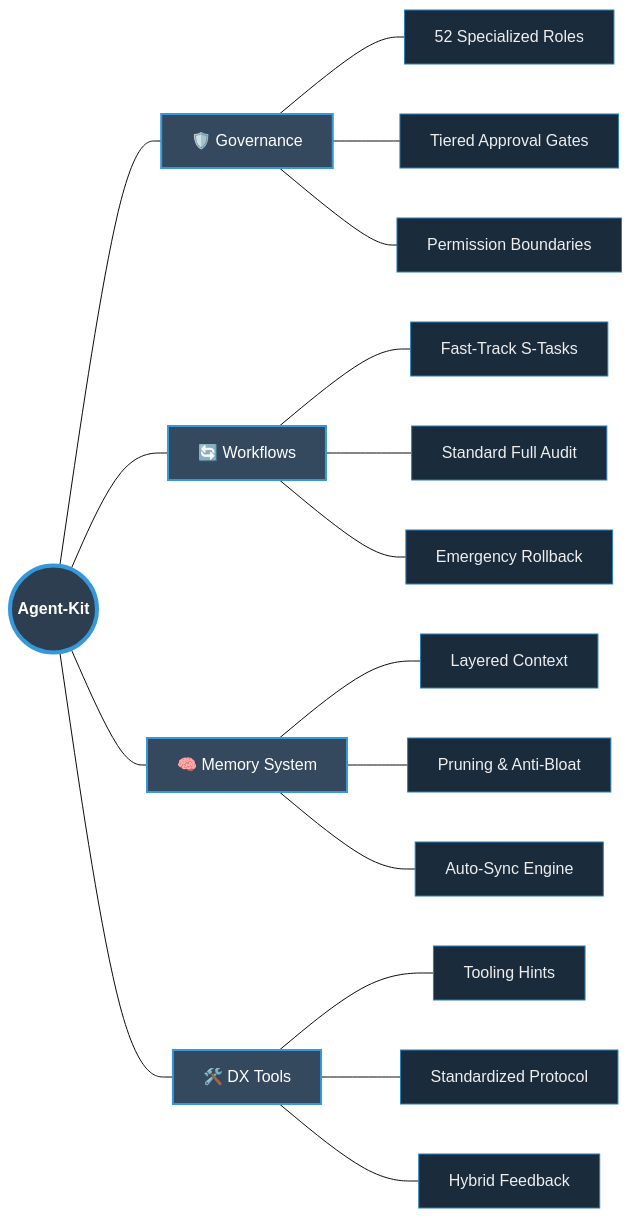
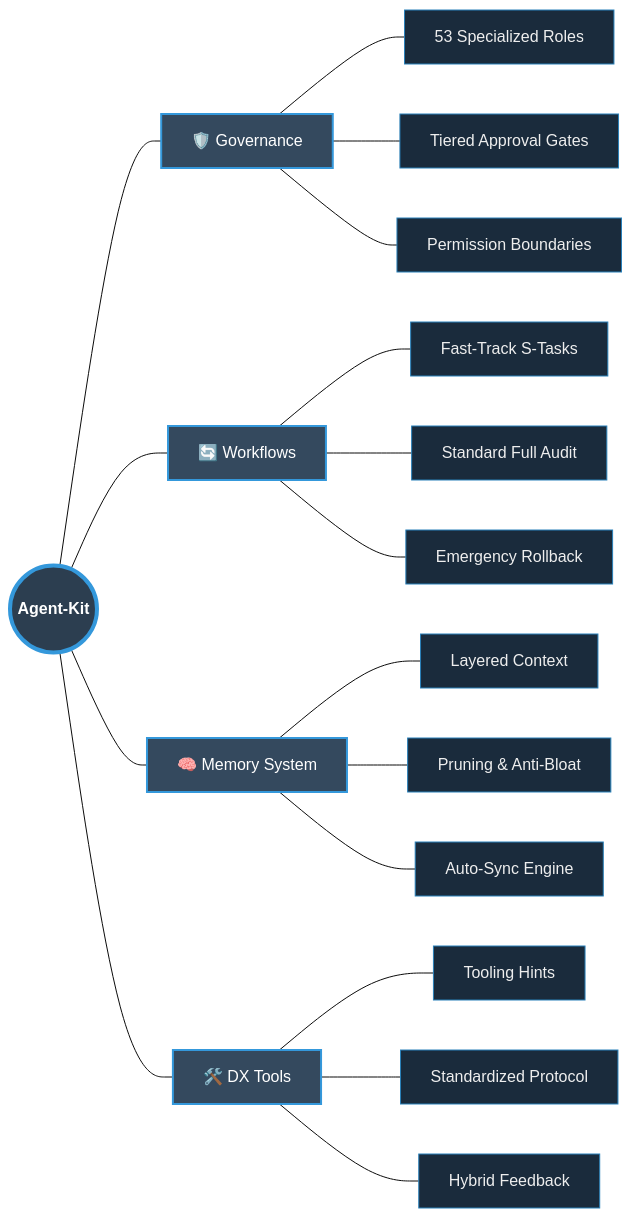
The third of 3 diagrams in README.md (Ab-aswini/Agent-kit-P1), drawn with Mermaid (base theme) before and after one commit. The commit also changed other lines of this file and 1 other file, not shown here.

Commit message:
feat: Integrated RA-001 README Architect and scaled framework to 53 agents

````diff
--- a/README.md
+++ b/README.md
@@ -205,56 +207,56 @@
 ```mermaid
 flowchart LR
     Root((Agent-Kit))
     
     Governance[🛡️ Governance]
     Workflows[🔄 Workflows]
     Memory[🧠 Memory System]
     DX[🛠️ DX Tools]
     
-    Roles[52 Specialized Roles]
+    Roles[53 Specialized Roles]
     Gates[Tiered Approval Gates]
     Boundaries[Permission Boundaries]
     
     Fast[Fast-Track S-Tasks]
     Audit[Standard Full Audit]
     Roll[Emergency Rollback]
     
     Layer[Layered Context]
     Prune[Pruning & Anti-Bloat]
     Sync[Auto-Sync Engine]
     
     Hints[Tooling Hints]
     JSON[Standardized Protocol]
     Hybrid[Hybrid Feedback]
 
     %% Connections
     Root --- Governance
     Root --- Workflows
     Root --- Memory
     Root --- DX
     
     Governance --- Roles
     Governance --- Gates
     Governance --- Boundaries
     
     Workflows --- Fast
     Workflows --- Audit
     Workflows --- Roll
     
     Memory --- Layer
     Memory --- Prune
     Memory --- Sync
     
     DX --- Hints
     DX --- JSON
     DX --- Hybrid
 
     %% Styling
     classDef main fill:#2c3e50,stroke:#3498db,stroke-width:4px,color:#fff,font-weight:bold
     classDef category fill:#34495e,stroke:#3498db,stroke-width:2px,color:#fff
     classDef feature fill:#1a2b3c,stroke:#2980b9,stroke-width:1px,color:#eee
 
     class Root main
     class Governance,Workflows,Memory,DX category
     class Roles,Gates,Boundaries,Fast,Audit,Roll,Layer,Prune,Sync,Hints,JSON,Hybrid feature
 ```
````
